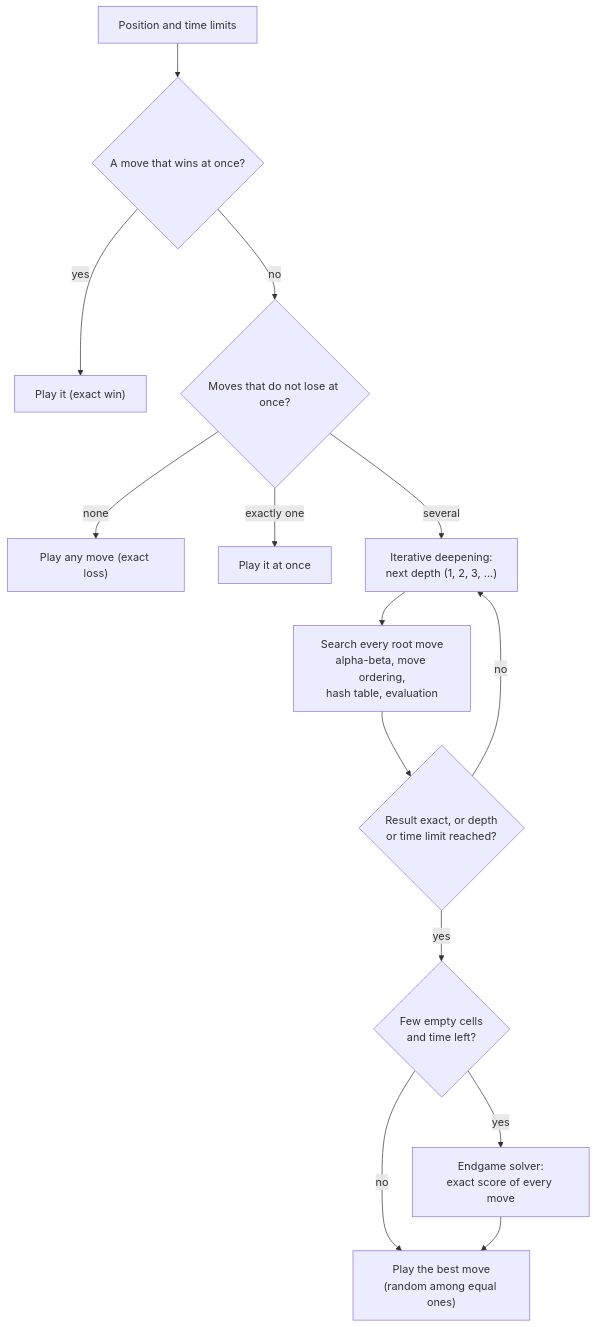
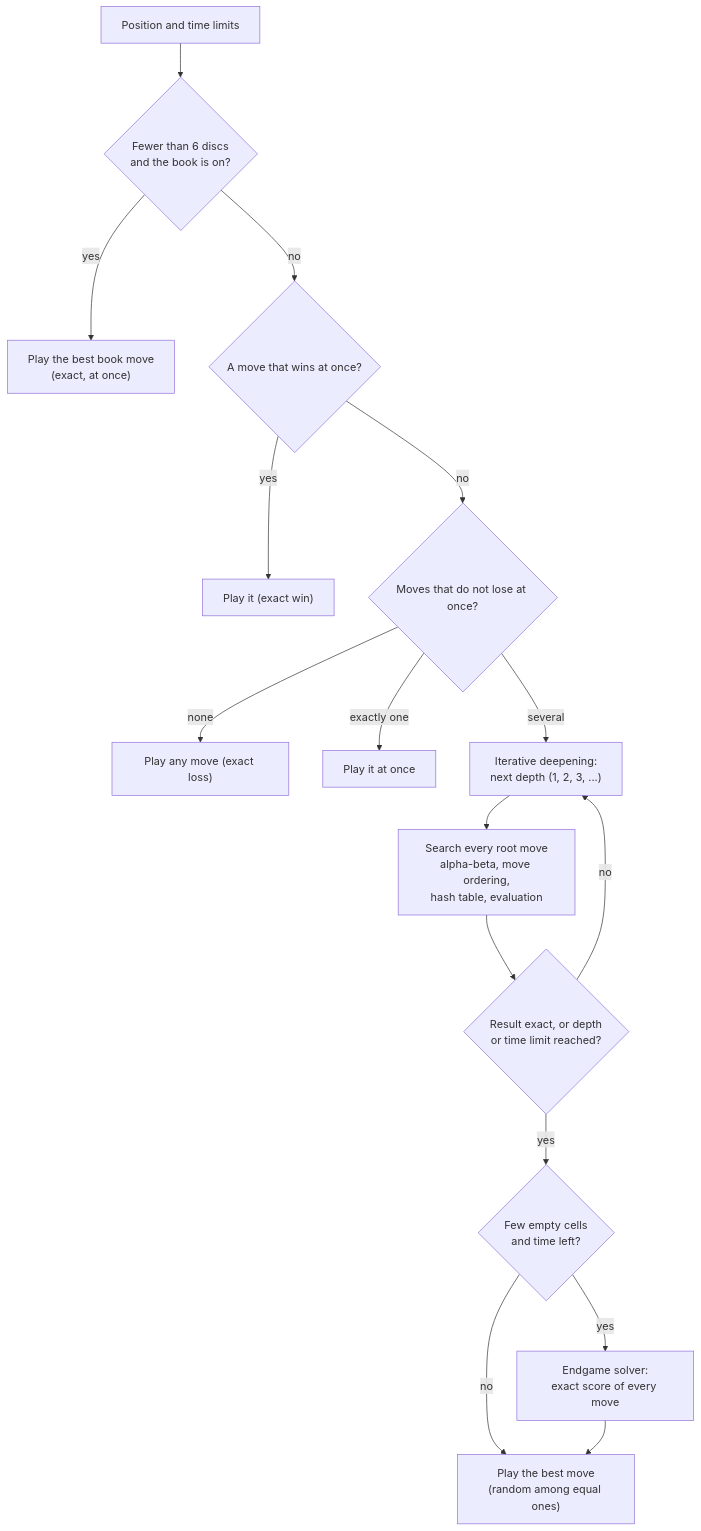
The diagram in docs/brain/README.md (cjpkmd/Connect-4), drawn with Mermaid before and after one commit. The commit also changed other lines of this file and 27 other files, not shown here.

````diff
--- a/docs/brain/README.md
+++ b/docs/brain/README.md
@@ -16,16 +17,18 @@
 ```mermaid
 flowchart TD
-    Start["Position and time limits"] --> Win{"A move that wins at once?"}
+    Start["Position and time limits"] --> Book{"Fewer than 6 discs<br/>and the book is on?"}
+    Book -- "yes" --> PlayBook["Play the best book move<br/>(exact, at once)"]
+    Book -- "no" --> Win{"A move that wins at once?"}
     Win -- "yes" --> PlayWin["Play it (exact win)"]
     Win -- "no" --> Safe{"Moves that do not lose at once?"}
     Safe -- "none" --> Lost["Play any move (exact loss)"]
     Safe -- "exactly one" --> Forced["Play it at once"]
     Safe -- "several" --> Next["Iterative deepening:<br/>next depth (1, 2, 3, ...)"]
     Next --> Root["Search every root move<br/>alpha-beta, move ordering,<br/>hash table, evaluation"]
     Root --> Final{"Result exact, or depth<br/>or time limit reached?"}
     Final -- "no" --> Next
     Final -- "yes" --> Few{"Few empty cells<br/>and time left?"}
     Few -- "yes" --> Solve["Endgame solver:<br/>exact score of every move"]
     Few -- "no" --> Best["Play the best move<br/>(random among equal ones)"]
     Solve --> Best
 ```
````
